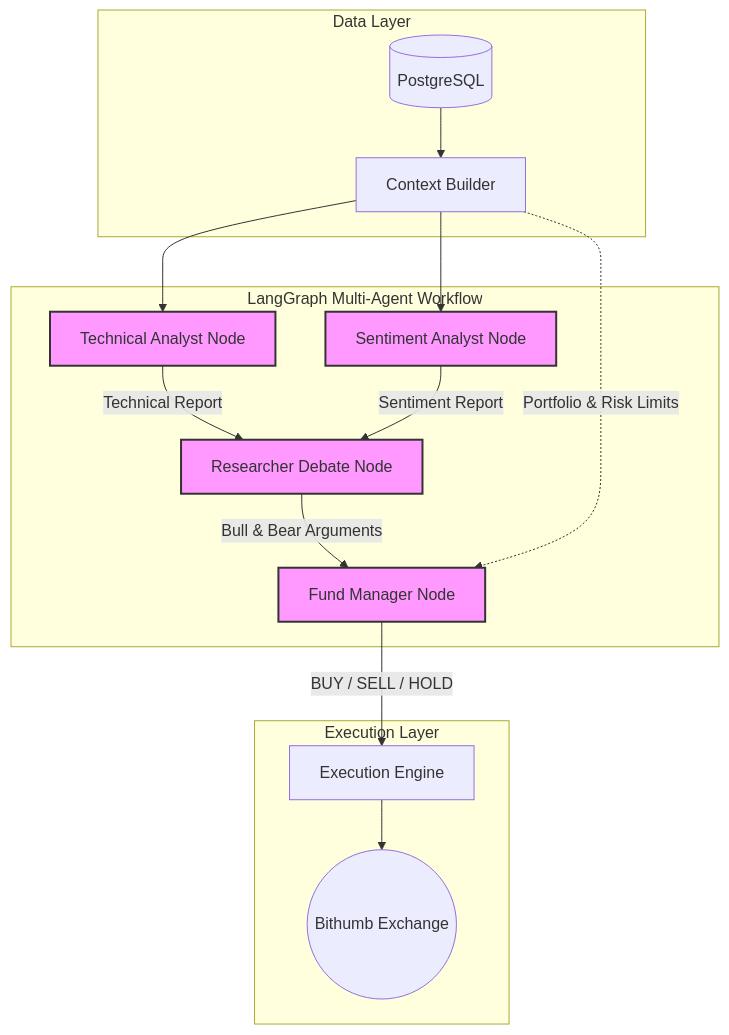
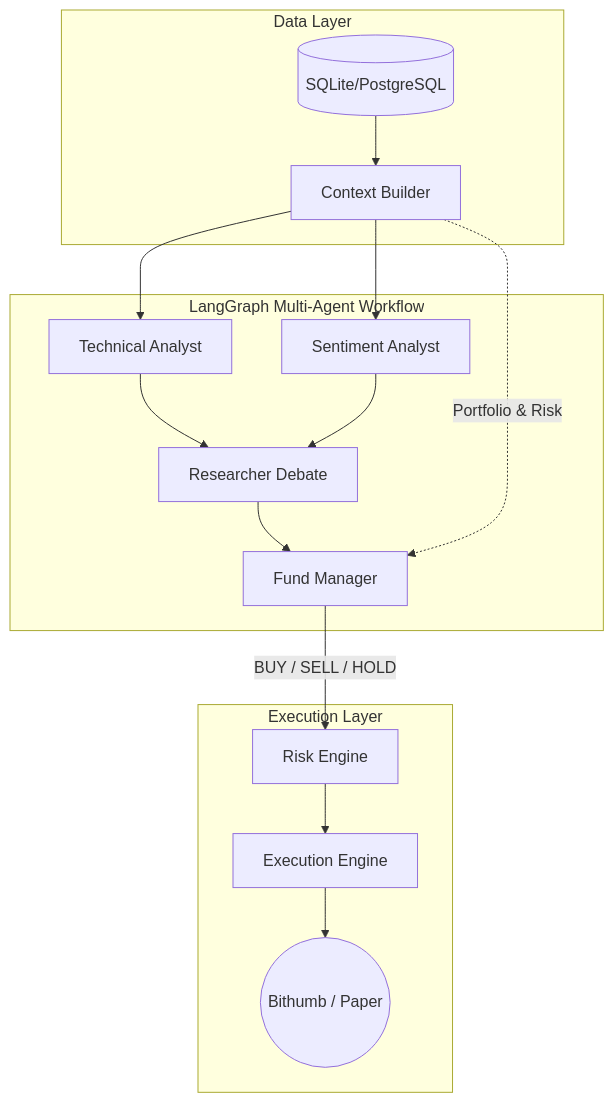
The diagram in README.md (Jacob-9909/OpenTrading), drawn with Mermaid before and after one commit. The commit also changed other lines of this file and 90 other files, not shown here.

````diff
--- a/README.md
+++ b/README.md
@@ -18,25 +17,21 @@
 ```mermaid
 graph TD
     subgraph Data Layer
-        DB[(PostgreSQL)] --> Context[Context Builder]
+        DB[(SQLite/PostgreSQL)] --> Context[Context Builder]
     end
 
     subgraph LangGraph Multi-Agent Workflow
-        Context --> Tech[Technical Analyst Node]
-        Context --> Sent[Sentiment Analyst Node]
-        
-        Tech -- Technical Report --> Debate[Researcher Debate Node]
-        Sent -- Sentiment Report --> Debate
-        
-        Debate -- Bull & Bear Arguments --> Fund[Fund Manager Node]
-        Context -. Portfolio & Risk Limits .-> Fund
+        Context --> Tech[Technical Analyst]
+        Context --> Sent[Sentiment Analyst]
+        Tech --> Debate[Researcher Debate]
+        Sent --> Debate
+        Debate --> Fund[Fund Manager]
+        Context -. Portfolio & Risk .-> Fund
     end
 
     subgraph Execution Layer
-        Fund -- BUY / SELL / HOLD --> Exec[Execution Engine]
-        Exec --> Exchange((Bithumb Exchange))
+        Fund -- BUY / SELL / HOLD --> Risk[Risk Engine]
+        Risk --> Exec[Execution Engine]
+        Exec --> Exchange((Bithumb / Paper))
     end
-    
-    classDef agent fill:#f9f,stroke:#333,stroke-width:2px;
-    class Tech,Sent,Debate,Fund agent;
 ```
````
